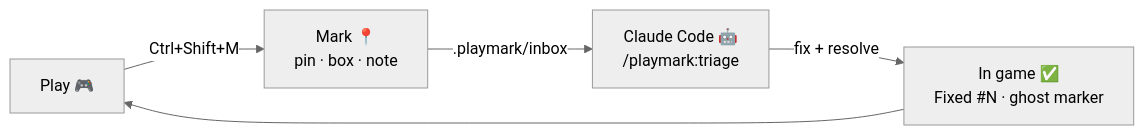
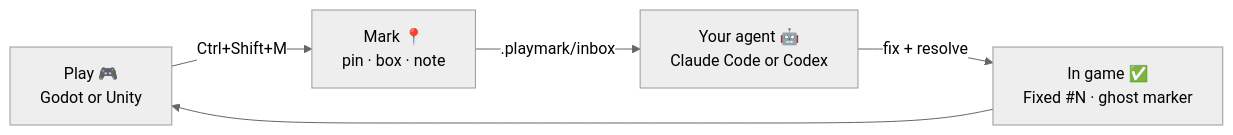
The first of 2 diagrams in README.md (barmoshe/playmark), drawn with Mermaid (neutral theme) before and after one commit. The commit also changed other lines of this file and 15 other files, not shown here.

First line of the commit message:
Codex support, inbox.mjs export, docs for Godot, Unity, Claude Code, Codex and no agent

````diff
--- a/README.md
+++ b/README.md
@@ -45,7 +44,7 @@
 ```mermaid
 flowchart LR
-  A["Play 🎮"] -->|"Ctrl+Shift+M"| B["Mark 📍<br/>pin · box · note"]
-  B -->|".playmark/inbox"| C["Claude Code 🤖<br/>/playmark:triage"]
+  A["Play 🎮<br/>Godot or Unity"] -->|"Ctrl+Shift+M"| B["Mark 📍<br/>pin · box · note"]
+  B -->|".playmark/inbox"| C["Your agent 🤖<br/>Claude Code or Codex"]
   C -->|"fix + resolve"| D["In game ✅<br/>Fixed #N · ghost marker"]
   D --> A
 ```
````
